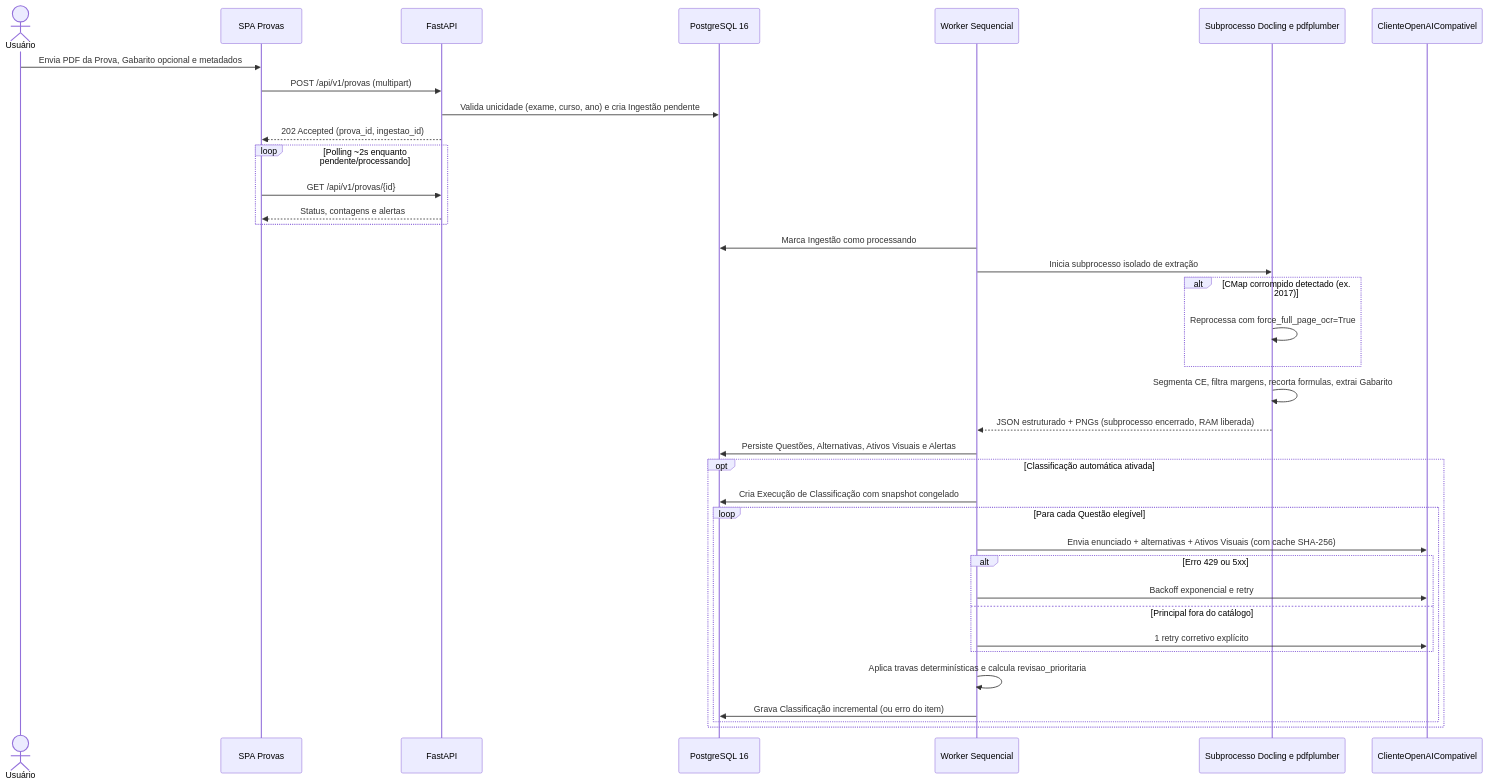
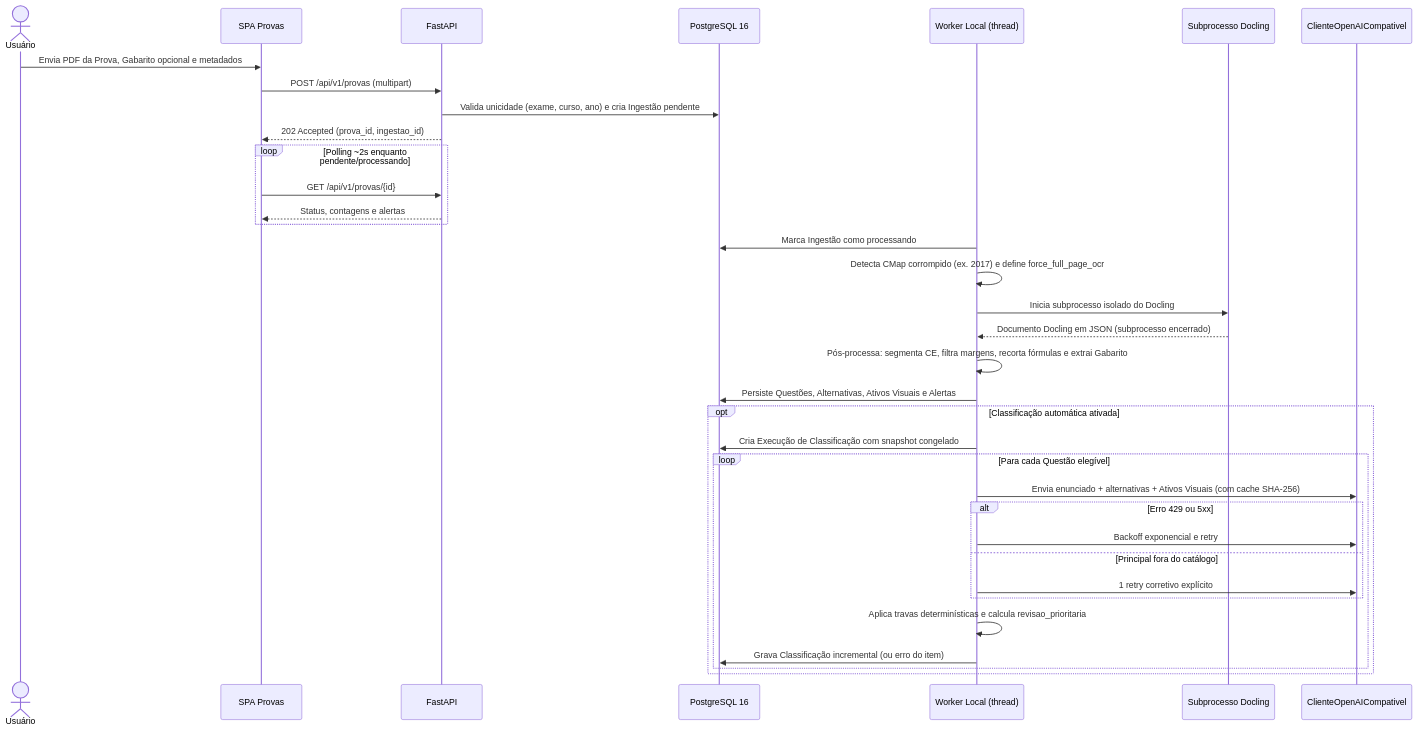
One commit to EugenioVLopes/enade-questoes changed the second of 4 diagrams in docs/planejamento-inicial/explicacao.md. Above: the diagram before and after it, drawn with Mermaid. The commit also changed other lines of this file and 3 other files, not shown here.

````diff
--- a/docs/planejamento-inicial/explicacao.md
+++ b/docs/planejamento-inicial/explicacao.md
@@ -68,43 +69,41 @@
 ```mermaid
 sequenceDiagram
     actor U as Usuário
     participant SPA as SPA Provas
     participant API as FastAPI
     participant DB as PostgreSQL 16
-    participant W as Worker Sequencial
-    participant EXT as Subprocesso Docling e pdfplumber
+    participant W as Worker Local (thread)
+    participant EXT as Subprocesso Docling
     participant LLM as ClienteOpenAICompativel
 
     U->>SPA: Envia PDF da Prova, Gabarito opcional e metadados
     SPA->>API: POST /api/v1/provas (multipart)
     API->>DB: Valida unicidade (exame, curso, ano) e cria Ingestão pendente
     API-->>SPA: 202 Accepted (prova_id, ingestao_id)
 
     loop Polling ~2s enquanto pendente/processando
         SPA->>API: GET /api/v1/provas/{id}
         API-->>SPA: Status, contagens e alertas
     end
 
     W->>DB: Marca Ingestão como processando
-    W->>EXT: Inicia subprocesso isolado de extração
-    alt CMap corrompido detectado (ex. 2017)
-        EXT->>EXT: Reprocessa com force_full_page_ocr=True
-    end
-    EXT->>EXT: Segmenta CE, filtra margens, recorta formulas, extrai Gabarito
-    EXT-->>W: JSON estruturado + PNGs (subprocesso encerrado, RAM liberada)
+    W->>W: Detecta CMap corrompido (ex. 2017) e define force_full_page_ocr
+    W->>EXT: Inicia subprocesso isolado do Docling
+    EXT-->>W: Documento Docling em JSON (subprocesso encerrado)
+    W->>W: Pós-processa: segmenta CE, filtra margens, recorta fórmulas e extrai Gabarito
     W->>DB: Persiste Questões, Alternativas, Ativos Visuais e Alertas
 
     opt Classificação automática ativada
         W->>DB: Cria Execução de Classificação com snapshot congelado
         loop Para cada Questão elegível
             W->>LLM: Envia enunciado + alternativas + Ativos Visuais (com cache SHA-256)
             alt Erro 429 ou 5xx
                 W->>LLM: Backoff exponencial e retry
             else Principal fora do catálogo
                 W->>LLM: 1 retry corretivo explícito
             end
             W->>W: Aplica travas determinísticas e calcula revisao_prioritaria
             W->>DB: Grava Classificação incremental (ou erro do item)
         end
     end
 ```
````
